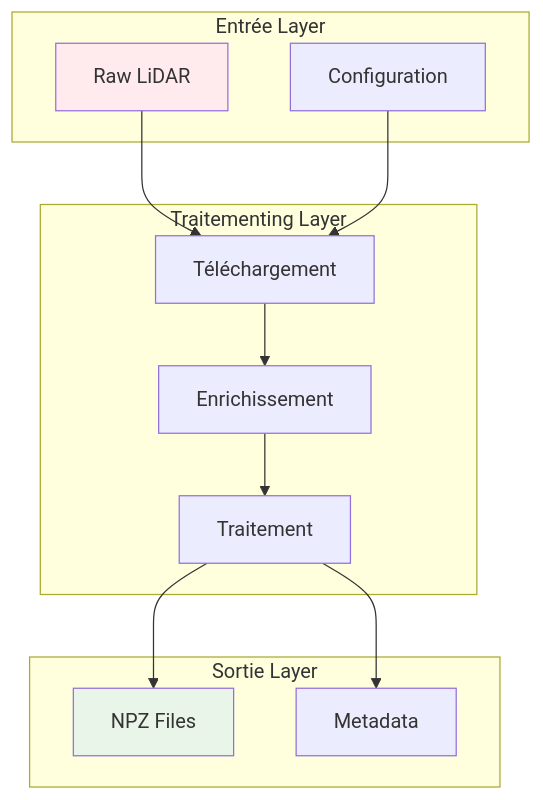
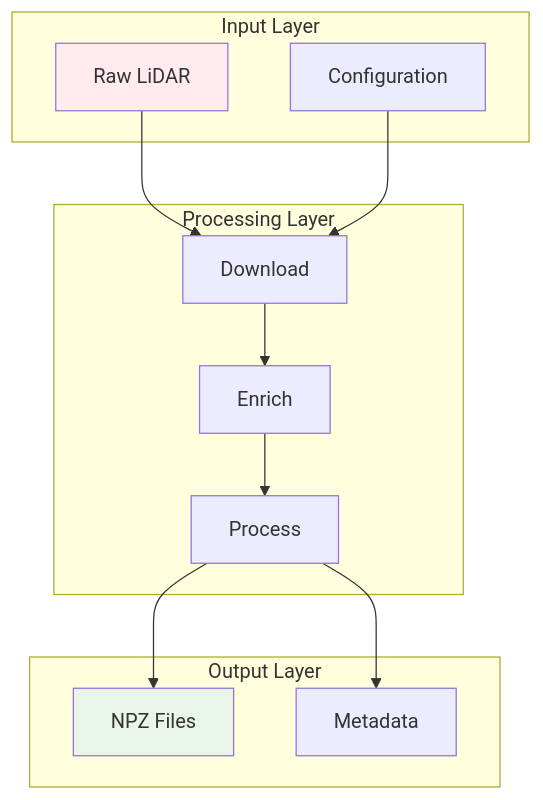
The second of 12 diagrams in website/i18n/fr/docusaurus-plugin-content-docs/current/mermaid-reference.md (sducournau/IGN_LIDAR_HD_DATASET), drawn with Mermaid before and after one commit. The commit also changed other lines of this file and 145 other files, not shown here.

````diff
--- a/website/i18n/fr/docusaurus-plugin-content-docs/current/mermaid-reference.md
+++ b/website/i18n/fr/docusaurus-plugin-content-docs/current/mermaid-reference.md
@@ -30,28 +39,28 @@
 ```mermaid
 graph TB
-    subgraph "Entrée Layer"
+    subgraph "Input Layer"
         I1[Raw LiDAR]
         I2[Configuration]
     end
 
-    subgraph "Traitementing Layer"
-        P1[Téléchargement]
-        P2[Enrichissement]
-        P3[Traitement]
+    subgraph "Processing Layer"
+        P1[Download]
+        P2[Enrich]
+        P3[Process]
     end
 
-    subgraph "Sortie Layer"
+    subgraph "Output Layer"
         O1[NPZ Files]
         O2[Metadata]
     end
 
     I1 --> P1
     I2 --> P1
     P1 --> P2
     P2 --> P3
     P3 --> O1
     P3 --> O2
 
     style I1 fill:#ffebee
     style O1 fill:#e8f5e8
 ```
````
